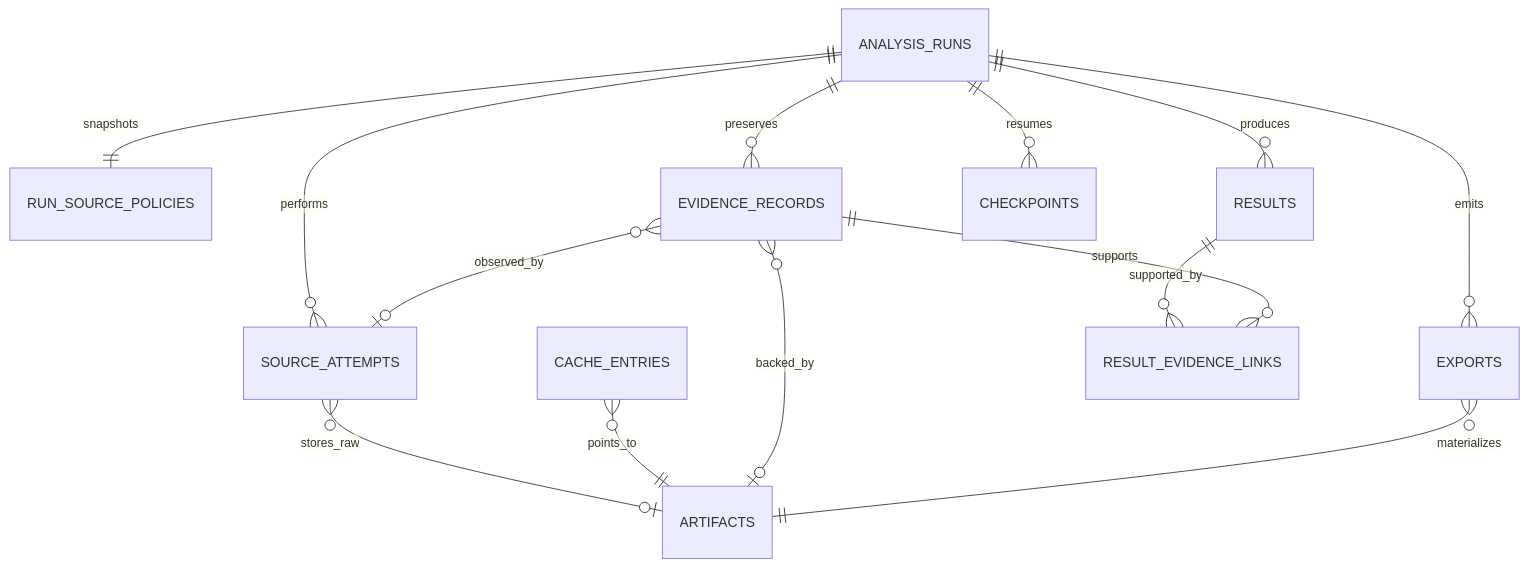
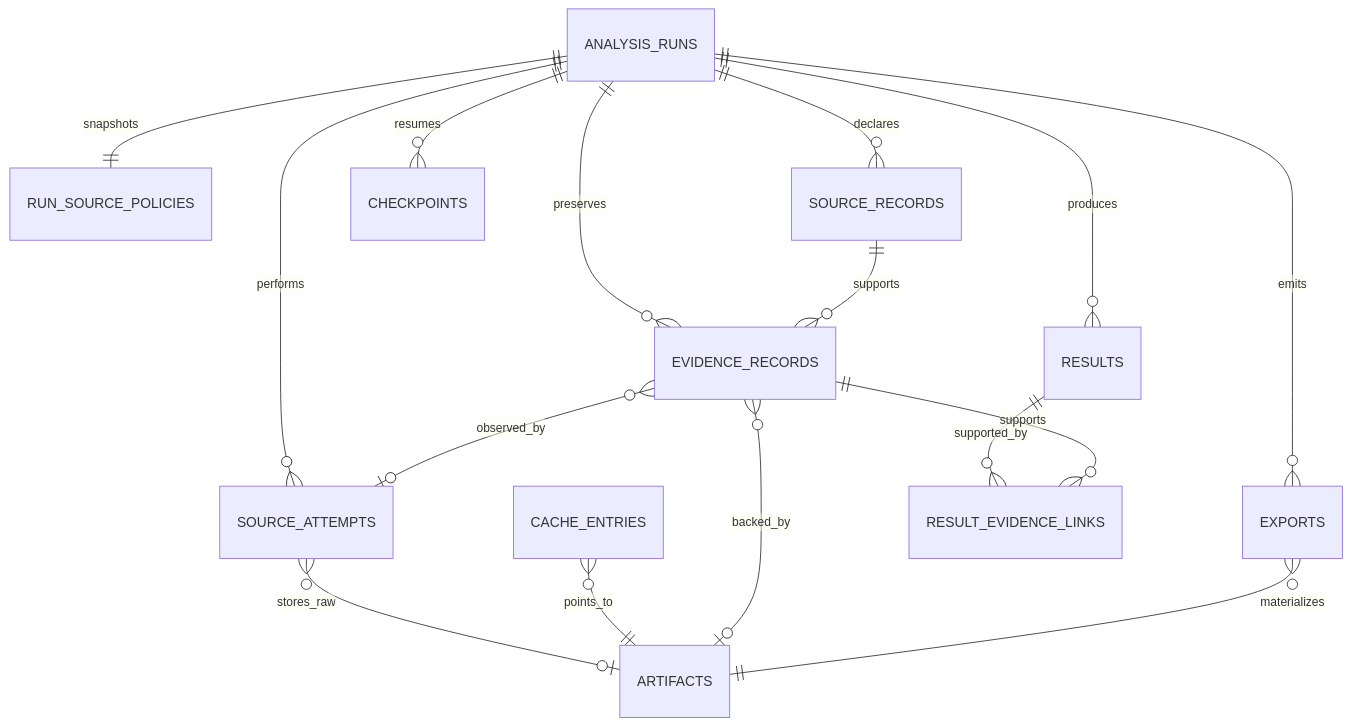
Before and after one commit to azerckid/SCAN: the diagram in docs/03_Technical_Specs/01_DB_SCHEMA.md, drawn with Mermaid. The commit also changed other lines of this file and 10 other files, not shown here.

````diff
--- a/docs/03_Technical_Specs/01_DB_SCHEMA.md
+++ b/docs/03_Technical_Specs/01_DB_SCHEMA.md
@@ -52,16 +52,18 @@
 ```mermaid
 erDiagram
     ANALYSIS_RUNS ||--|| RUN_SOURCE_POLICIES : snapshots
     ANALYSIS_RUNS ||--o{ SOURCE_ATTEMPTS : performs
+    ANALYSIS_RUNS ||--o{ SOURCE_RECORDS : declares
     ANALYSIS_RUNS ||--o{ RESULTS : produces
     ANALYSIS_RUNS ||--o{ EVIDENCE_RECORDS : preserves
     ANALYSIS_RUNS ||--o{ CHECKPOINTS : resumes
     ANALYSIS_RUNS ||--o{ EXPORTS : emits
     SOURCE_ATTEMPTS }o--o| ARTIFACTS : stores_raw
     CACHE_ENTRIES }o--|| ARTIFACTS : points_to
     EVIDENCE_RECORDS }o--o| SOURCE_ATTEMPTS : observed_by
+    SOURCE_RECORDS ||--o{ EVIDENCE_RECORDS : supports
     EVIDENCE_RECORDS }o--o| ARTIFACTS : backed_by
     RESULTS ||--o{ RESULT_EVIDENCE_LINKS : supported_by
     EVIDENCE_RECORDS ||--o{ RESULT_EVIDENCE_LINKS : supports
     EXPORTS }o--|| ARTIFACTS : materializes
 ```
````
